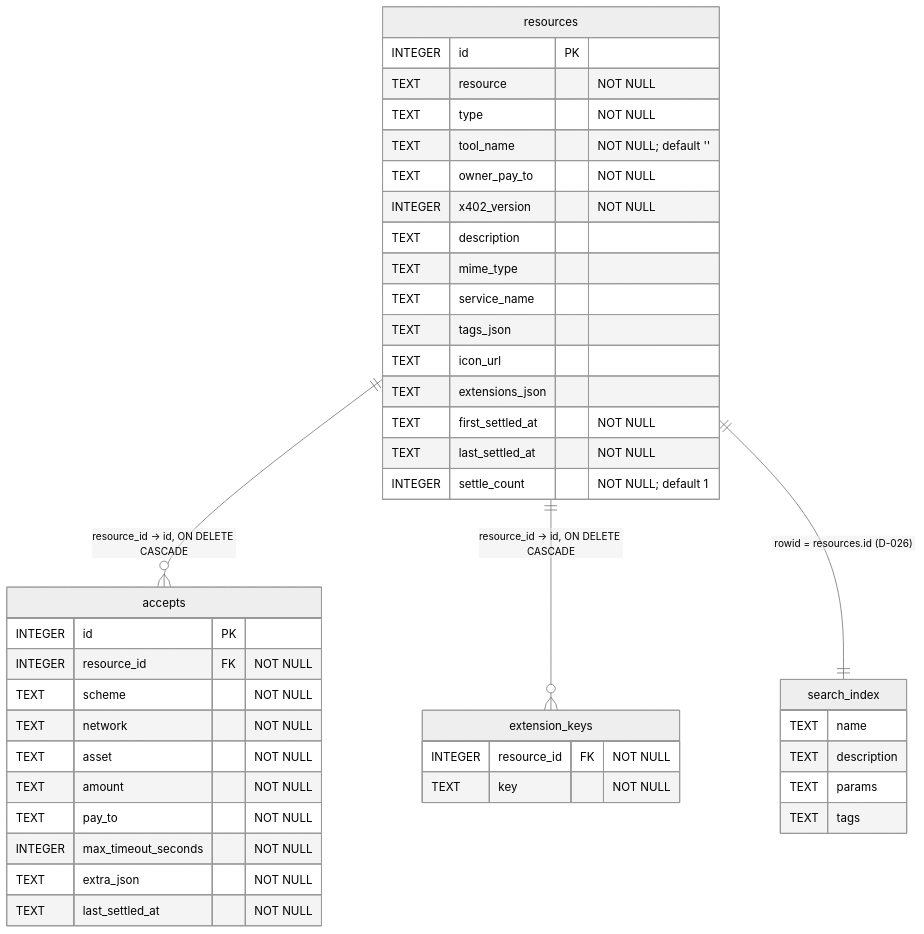
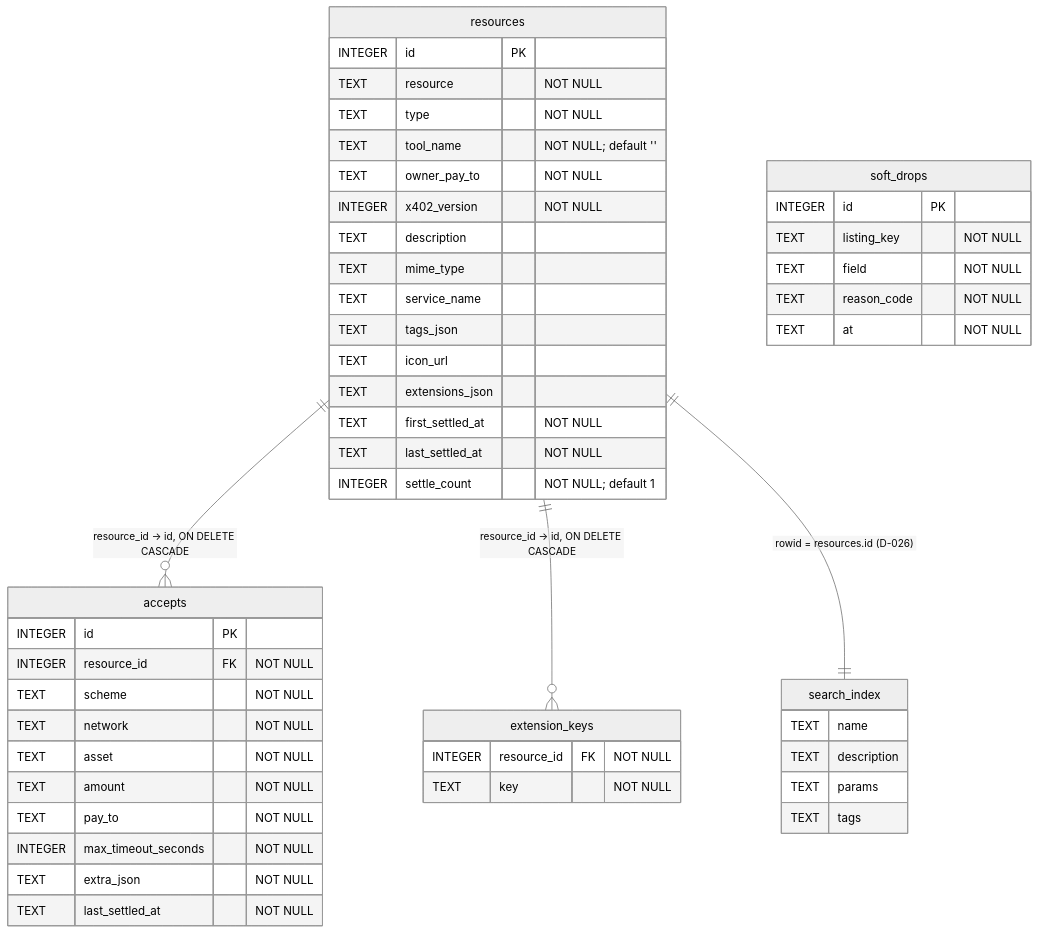
One commit to kunaldrall29/walras changed the diagram in docs/diagrams/catalog-erd.mmd. Above: the diagram before and after it, drawn with Mermaid. The commit also changed 48 other files, not shown here.

```diff
--- a/docs/diagrams/catalog-erd.mmd
+++ b/docs/diagrams/catalog-erd.mmd
@@ -1,46 +1,53 @@
 %%{init: {'theme': 'neutral'}}%%
 %% GENERATED by scripts/docs/gen-erd.mjs from SCHEMA_SQL in packages/bazaar/src/store.ts.
 %% Do not edit. Regenerate with: pnpm docs:gen
 erDiagram
   accepts {
     INTEGER id PK
     INTEGER resource_id FK "NOT NULL"
     TEXT scheme "NOT NULL"
     TEXT network "NOT NULL"
     TEXT asset "NOT NULL"
     TEXT amount "NOT NULL"
     TEXT pay_to "NOT NULL"
     INTEGER max_timeout_seconds "NOT NULL"
     TEXT extra_json "NOT NULL"
     TEXT last_settled_at "NOT NULL"
   }
   extension_keys {
     INTEGER resource_id FK "NOT NULL"
     TEXT key "NOT NULL"
   }
   resources {
     INTEGER id PK
     TEXT resource "NOT NULL"
     TEXT type "NOT NULL"
     TEXT tool_name "NOT NULL; default ''"
     TEXT owner_pay_to "NOT NULL"
     INTEGER x402_version "NOT NULL"
     TEXT description
     TEXT mime_type
     TEXT service_name
     TEXT tags_json
     TEXT icon_url
     TEXT extensions_json
     TEXT first_settled_at "NOT NULL"
     TEXT last_settled_at "NOT NULL"
     INTEGER settle_count "NOT NULL; default 1"
   }
   search_index {
     TEXT name
     TEXT description
     TEXT params
     TEXT tags
   }
+  soft_drops {
+    INTEGER id PK
+    TEXT listing_key "NOT NULL"
+    TEXT field "NOT NULL"
+    TEXT reason_code "NOT NULL"
+    TEXT at "NOT NULL"
+  }
   resources ||--o{ accepts : "resource_id -> id, ON DELETE CASCADE"
   resources ||--o{ extension_keys : "resource_id -> id, ON DELETE CASCADE"
   resources ||--|| search_index : "rowid = resources.id (D-026)"
```
